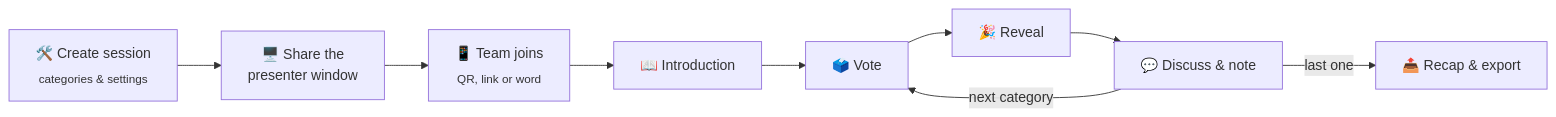
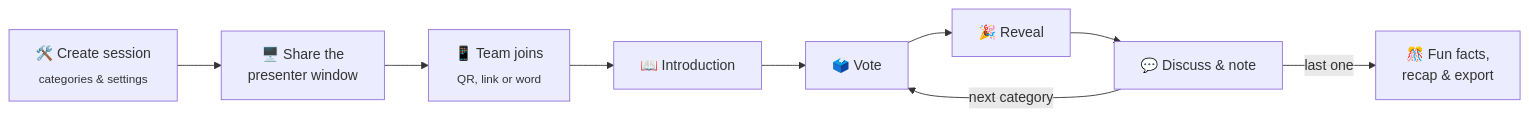
Before and after one commit to feoche/squad-health-check: the first of 2 diagrams in README.md, drawn with Mermaid. The commit also changed other lines of this file and 3 other files, not shown here.

Commit message:
docs: refresh the screenshots and list the ready button, quick voters, fun facts and editor tabs in the README

````diff
--- a/README.md
+++ b/README.md
@@ -83,11 +94,11 @@
 ```mermaid
 flowchart LR
     A["🛠️ Create session<br/><sub>categories & settings</sub>"] --> B["🖥️ Share the<br/>presenter window"]
     B --> C["📱 Team joins<br/><sub>QR, link or word</sub>"]
     C --> D["📖 Introduction"]
     D --> E["🗳️ Vote"]
     E --> F["🎉 Reveal"]
     F --> G["💬 Discuss & note"]
     G -->|next category| E
-    G -->|last one| H["📤 Recap & export"]
+    G -->|last one| H["🎊 Fun facts,<br/>recap & export"]
 ```
````
